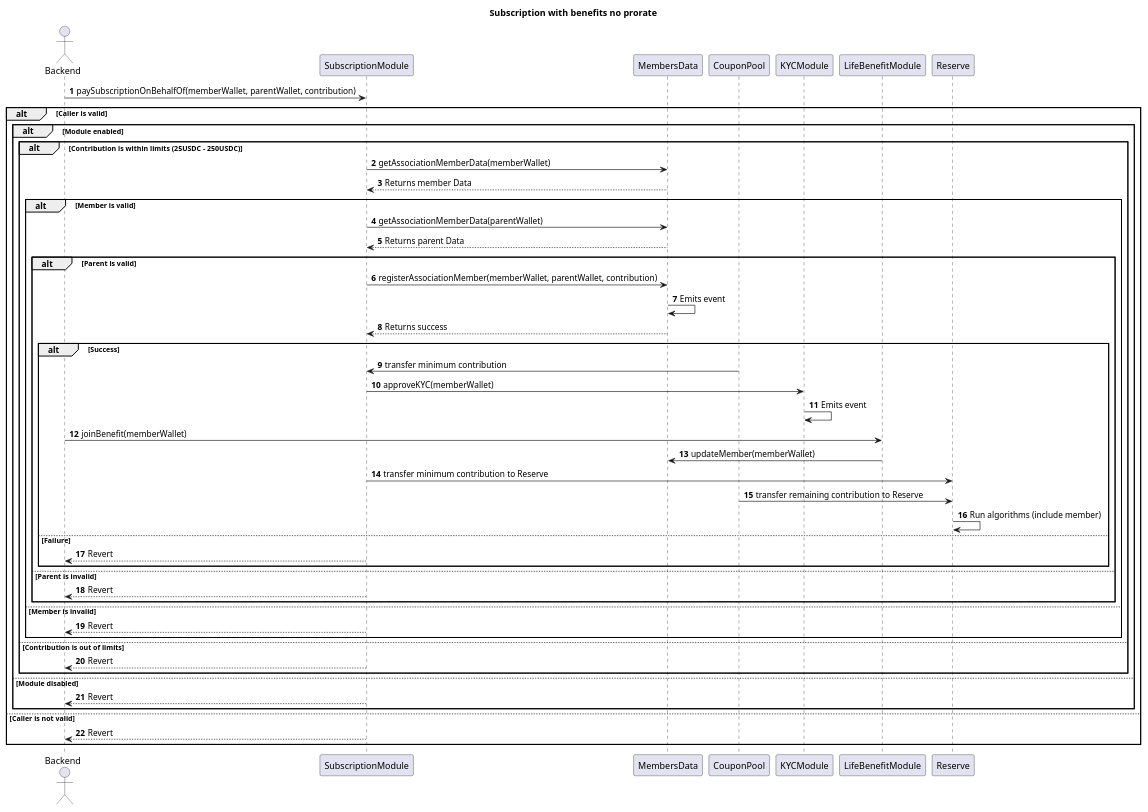
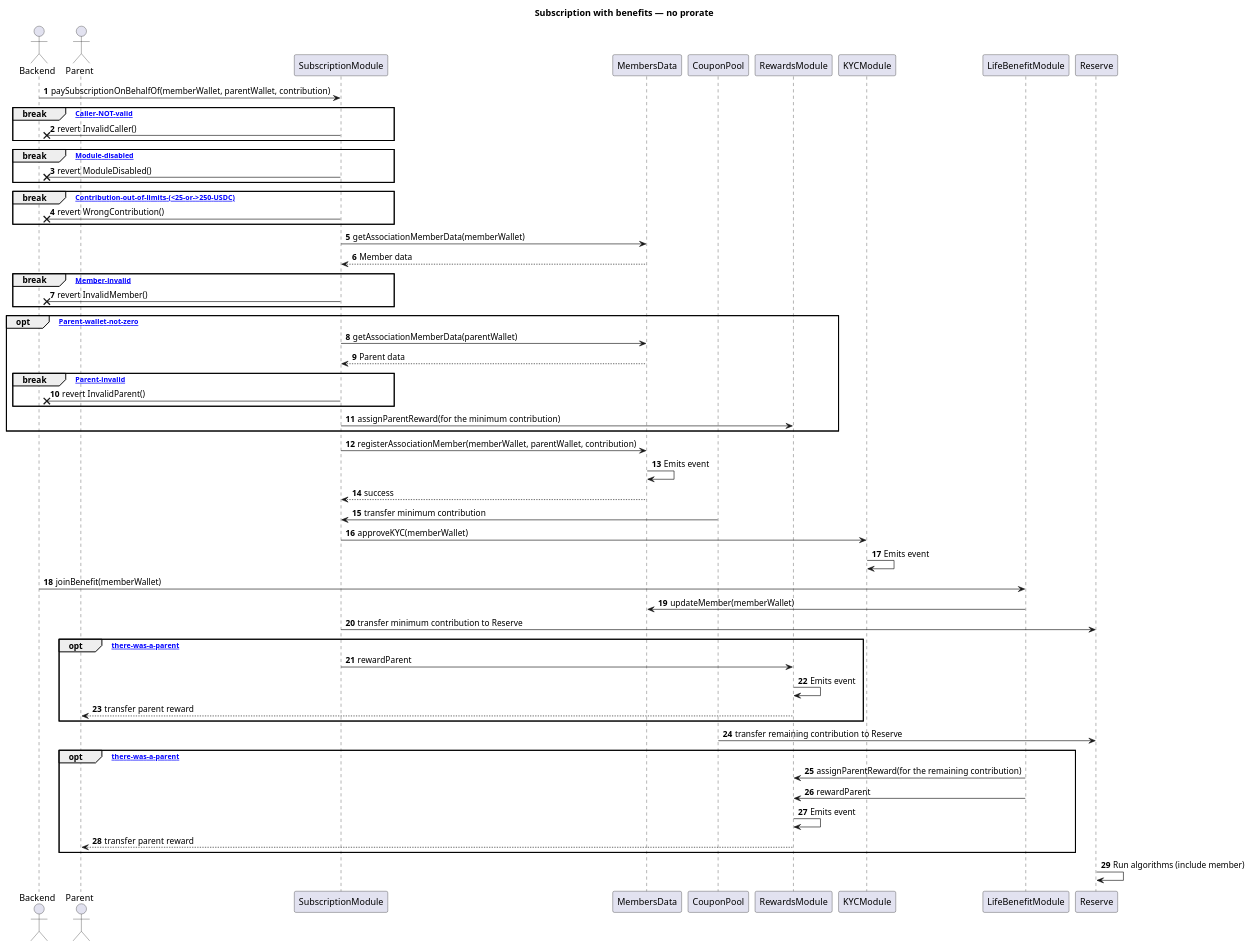
One commit to TakafulDAO/takasure.sc changed the diagram in docs/sequence_diagrams/Subscriptions/subscription-with-benefit-no-prorate.puml. Above: the diagram before and after it, drawn with PlantUML. The commit also changed 3 other files, not shown here.

Commit message:
revise: update diagrams

```diff
--- a/docs/sequence_diagrams/Subscriptions/subscription-with-benefit-no-prorate.puml
+++ b/docs/sequence_diagrams/Subscriptions/subscription-with-benefit-no-prorate.puml
@@ -1,64 +1,77 @@
-@startuml Subscriptions with benefits no prorate
-title Subscription with benefits no prorate
+@startuml Subscription_with_benefits_no_prorate
+title Subscription with benefits — no prorate
 autonumber
 
 actor Backend
+actor Parent
 participant SubscriptionModule
 participant MembersData
 participant CouponPool
+participant RewardsModule
 participant KYCModule
 participant LifeBenefitModule
 participant Reserve
 
 Backend -> SubscriptionModule: paySubscriptionOnBehalfOf(memberWallet, parentWallet, contribution)
 
-alt Caller is valid
-  alt Module enabled
-    alt Contribution is within limits (25USDC - 250USDC)
-      SubscriptionModule -> MembersData: getAssociationMemberData(memberWallet)
-      MembersData --> SubscriptionModule: Returns member Data
+break [Caller-NOT-valid]
+  SubscriptionModule -x Backend: revert InvalidCaller()
+end
 
-      alt Member is valid
-        SubscriptionModule -> MembersData: getAssociationMemberData(parentWallet)
-        MembersData --> SubscriptionModule: Returns parent Data
+break [Module-disabled]
+  SubscriptionModule -x Backend: revert ModuleDisabled()
+end
 
-        alt Parent is valid
-          SubscriptionModule -> MembersData: registerAssociationMember(memberWallet, parentWallet, contribution)
-          MembersData -> MembersData: Emits event
-          MembersData --> SubscriptionModule: Returns success
+break [Contribution-out-of-limits-(<25-or->250-USDC)]
+  SubscriptionModule -x Backend: revert WrongContribution()
+end
 
-          alt Success
-            CouponPool -> SubscriptionModule: transfer minimum contribution
-            SubscriptionModule -> KYCModule: approveKYC(memberWallet)
-            KYCModule -> KYCModule: Emits event
-            Backend -> LifeBenefitModule: joinBenefit(memberWallet)
-            LifeBenefitModule -> MembersData: updateMember(memberWallet)
-            SubscriptionModule -> Reserve: transfer minimum contribution to Reserve
-            CouponPool -> Reserve: transfer remaining contribution to Reserve
-            Reserve -> Reserve: Run algorithms (include member)
+SubscriptionModule -> MembersData: getAssociationMemberData(memberWallet)
+MembersData --> SubscriptionModule: Member data
 
-          else Failure
-            SubscriptionModule --> Backend: Revert
-          end
+break [Member-invalid]
+  SubscriptionModule -x Backend: revert InvalidMember()
+end
 
-        else Parent is invalid
-          SubscriptionModule --> Backend: Revert
-        end
+opt [Parent-wallet-not-zero]
+  SubscriptionModule -> MembersData: getAssociationMemberData(parentWallet)
+  MembersData --> SubscriptionModule: Parent data
 
-      else Member is invalid 
-        SubscriptionModule --> Backend: Revert
-      end
-
-    else Contribution is out of limits
-      SubscriptionModule --> Backend: Revert
-    end
-
-  else Module disabled
-    SubscriptionModule --> Backend: Revert
+  break [Parent-invalid]
+    SubscriptionModule -x Backend: revert InvalidParent()
   end
 
-else Caller is not valid
-  SubscriptionModule --> Backend: Revert
+  SubscriptionModule -> RewardsModule: assignParentReward(for the minimum contribution)
 end
 
+SubscriptionModule -> MembersData: registerAssociationMember(memberWallet, parentWallet, contribution)
+MembersData -> MembersData: Emits event
+MembersData --> SubscriptionModule: success
+
+CouponPool -> SubscriptionModule: transfer minimum contribution
+SubscriptionModule -> KYCModule: approveKYC(memberWallet)
+KYCModule -> KYCModule: Emits event
+
+Backend -> LifeBenefitModule: joinBenefit(memberWallet)
+LifeBenefitModule -> MembersData: updateMember(memberWallet)
+
+SubscriptionModule -> Reserve: transfer minimum contribution to Reserve
+
+opt [there-was-a-parent]
+  SubscriptionModule -> RewardsModule: rewardParent
+  RewardsModule -> RewardsModule: Emits event
+  RewardsModule --> Parent: transfer parent reward
+end
+
+CouponPool -> Reserve: transfer remaining contribution to Reserve
+
+opt [there-was-a-parent]
+  LifeBenefitModule -> RewardsModule: assignParentReward(for the remaining contribution)
+  LifeBenefitModule -> RewardsModule: rewardParent
+  RewardsModule -> RewardsModule: Emits event
+  RewardsModule --> Parent: transfer parent reward
+end
+
+Reserve -> Reserve: Run algorithms (include member)
+
 @enduml
```
